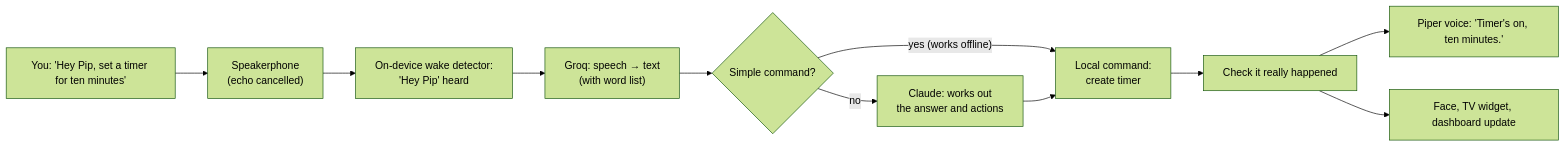
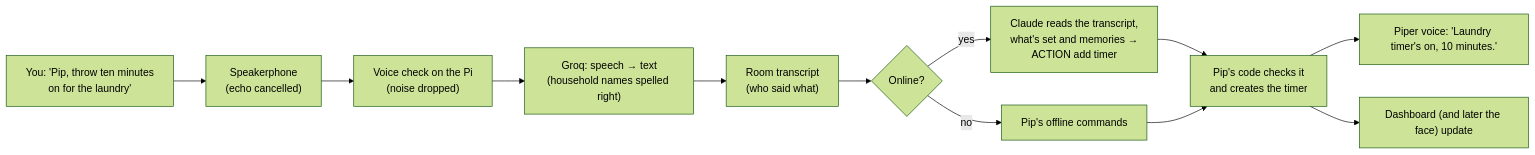
One commit to LandenHeine17/pip changed the seventh of 7 diagrams in docs/PIP-SPEC.md. Above: the diagram before and after it, drawn with Mermaid (forest theme). The commit also changed other lines of this file and 21 other files, not shown here.

````diff
--- a/docs/PIP-SPEC.md
+++ b/docs/PIP-SPEC.md
@@ -209,13 +210,14 @@
 ```mermaid
 flowchart LR
-    A["You: 'Hey Pip, set a timer for ten minutes'"] --> B["Speakerphone<br/>(echo cancelled)"]
-    B --> C["On-device wake detector:<br/>'Hey Pip' heard"]
-    C --> D["Groq: speech → text<br/>(with word list)"]
-    D --> E{"Simple command?"}
-    E -- "yes (works offline)" --> F["Local command:<br/>create timer"]
-    E -- no --> G["Claude: works out<br/>the answer and actions"]
-    G --> F
-    F --> H["Check it really happened"]
-    H --> I["Piper voice: 'Timer's on, ten minutes.'"]
-    H --> J["Face, TV widget, dashboard update"]
+    A["You: 'Pip, throw ten minutes<br/>on for the laundry'"] --> B["Speakerphone<br/>(echo cancelled)"]
+    B --> V["Voice check on the Pi<br/>(noise dropped)"]
+    V --> D["Groq: speech → text<br/>(household names spelled right)"]
+    D --> T["Room transcript<br/>(who said what)"]
+    T --> E{"Online?"}
+    E -- "yes" --> G["Claude reads the transcript,<br/>what's set and memories →<br/>ACTION add timer"]
+    E -- "no" --> L["Pip's offline commands"]
+    G --> F["Pip's code checks it<br/>and creates the timer"]
+    L --> F
+    F --> I["Piper voice: 'Laundry timer's on, 10 minutes.'"]
+    F --> J["Dashboard (and later the face) update"]
 ```
````
